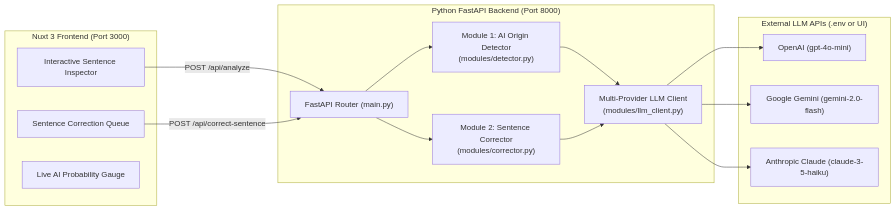
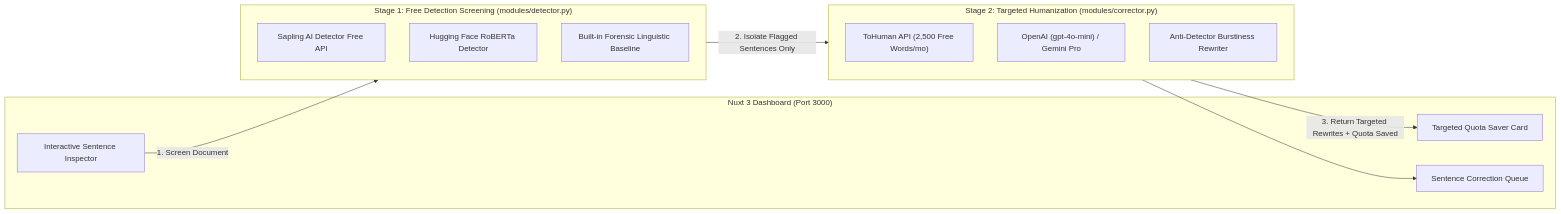
One commit to Syeilreyzan/ai-checker changed the diagram in README.md. Above: the diagram before and after it, drawn with Mermaid. The commit also changed other lines of this file and 4 other files, not shown here.

Commit message:
feat: implement 2-stage detection (Sapling/HF/Forensic) + targeted humanization (ToHuman/LLM) and quota saver tracker

````diff
--- a/README.md
+++ b/README.md
@@ -17,31 +19,25 @@
 ```mermaid
 flowchart LR
-    subgraph Frontend["Nuxt 3 Frontend (Port 3000)"]
+    subgraph Frontend["Nuxt 3 Dashboard (Port 3000)"]
         UI["Interactive Sentence Inspector"]
+        Quota["Targeted Quota Saver Card"]
         Queue["Sentence Correction Queue"]
-        Gauge["Live AI Probability Gauge"]
     end
 
-    subgraph Backend["Python FastAPI Backend (Port 8000)"]
-        API["FastAPI Router (main.py)"]
-        Mod1["Module 1: AI Origin Detector\n(modules/detector.py)"]
-        Mod2["Module 2: Sentence Corrector\n(modules/corrector.py)"]
-        LLM["Multi-Provider LLM Client\n(modules/llm_client.py)"]
+    subgraph Stage1["Stage 1: Free Detection Screening (modules/detector.py)"]
+        Sapling["Sapling AI Detector Free API"]
+        HF["Hugging Face RoBERTa Detector"]
+        Forensic["Built-in Forensic Linguistic Baseline"]
     end
 
-    subgraph Providers["External LLM APIs (.env or UI)"]
-        OAI["OpenAI (gpt-4o-mini)"]
-        GEM["Google Gemini (gemini-2.0-flash)"]
-        ANT["Anthropic Claude (claude-3-5-haiku)"]
+    subgraph Stage2["Stage 2: Targeted Humanization (modules/corrector.py)"]
+        ToHuman["ToHuman API (2,500 Free Words/mo)"]
+        LLM["OpenAI (gpt-4o-mini) / Gemini Pro"]
+        AntiDet["Anti-Detector Burstiness Rewriter"]
     end
 
-    UI -->|POST /api/analyze| API
-    Queue -->|POST /api/correct-sentence| API
-    API --> Mod1
-    API --> Mod2
-    Mod1 --> LLM
-    Mod2 --> LLM
-    LLM --> OAI
-    LLM --> GEM
-    LLM --> ANT
+    UI -->|1. Screen Document| Stage1
+    Stage1 -->|2. Isolate Flagged Sentences Only| Stage2
+    Stage2 -->|3. Return Targeted Rewrites + Quota Saved| Quota
+    Stage2 --> Queue
 ```
````
